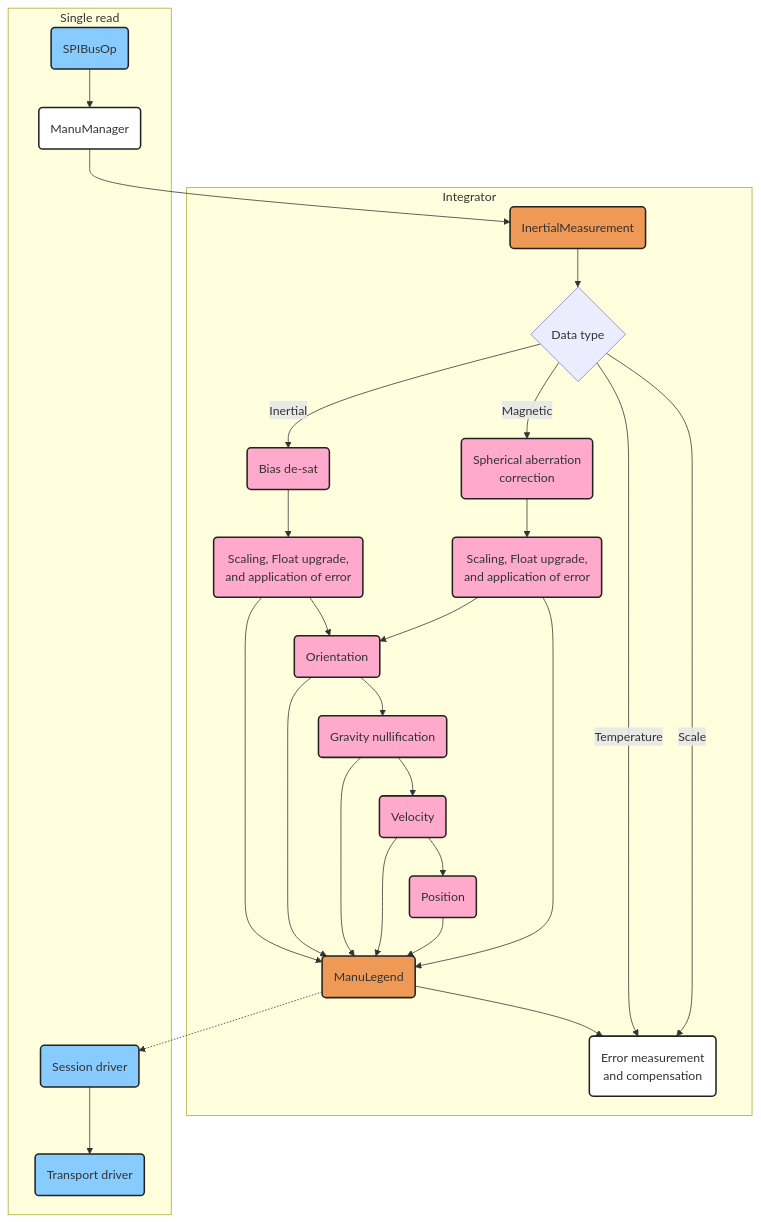
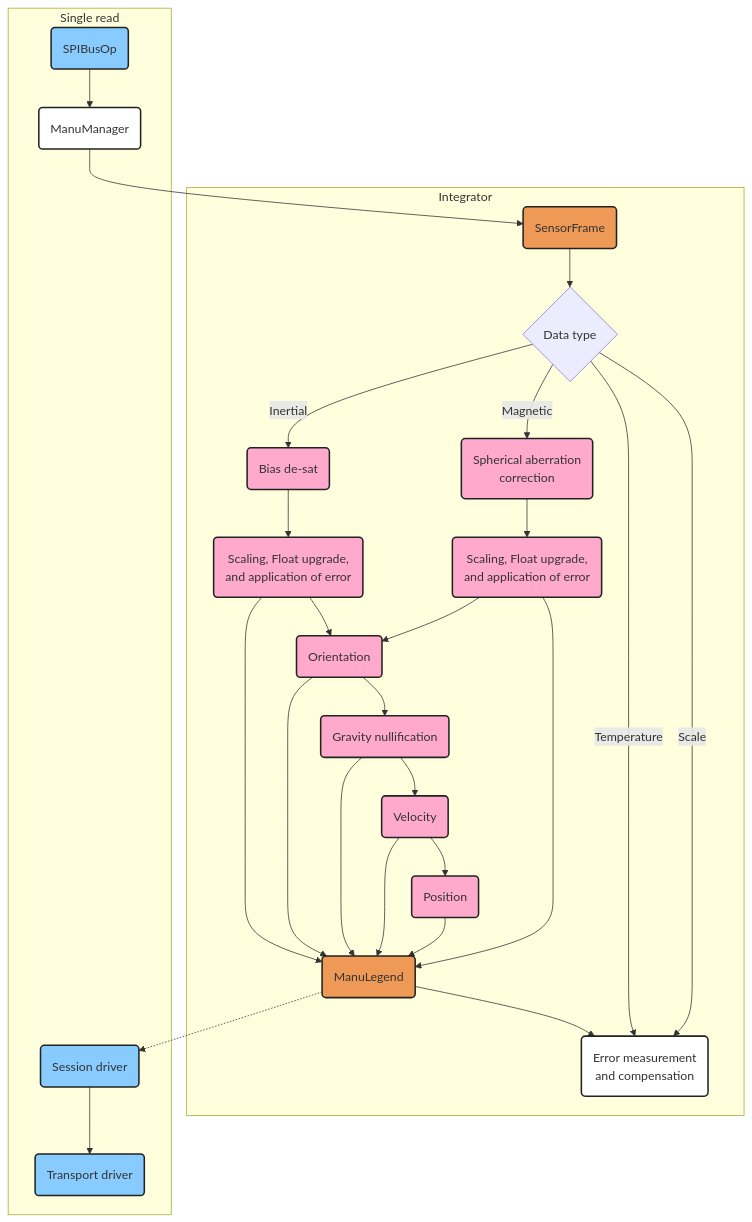
Before and after one commit to Manuvr/Digitabulum-Firmware: the third of 4 diagrams in doc/NOTES.md, drawn with Mermaid. The commit also changed 9 other files, not shown here.

````diff
--- a/doc/NOTES.md
+++ b/doc/NOTES.md
@@ -53,68 +53,68 @@
   ```mermaid
   graph TD
     a(Scaling, Float upgrade,<br />and application of error)
     b(Scaling, Float upgrade,<br />and application of error)
     h(SPIBusOp)
     i(Bias de-sat)
     j(Spherical aberration<br />correction)
     k(Orientation)
-    m(InertialMeasurement)
+    m(SensorFrame)
     u(Gravity nullification)
     v(Velocity)
     w(Position)
     n(ManuManager)
     p(ManuLegend)
 
     q(Session driver)
     r(Transport driver)
     t(Error measurement<br /> and compensation)
 
     z{Data type}
 
     subgraph Integrator
     m --> z
     z -->|Inertial| i
     z -->|Magnetic| j
     z -->|Temperature| t
     z -->|Scale| t
     i --> a
     j --> b
     b --> k
     b --> p
     a --> p
     u --> p
     k --> p
     v --> p
     w --> p
     a --> k
     k --> u
     u --> v
     v --> w
     end
 
     subgraph Single read
     h --> n
     n --> m
     p -.-> q
     p --> t
     q --> r
     end
 
     style h fill:#8Cf,stroke:#222,stroke-width:2px;
     style i fill:#fac,stroke:#222,stroke-width:2px;
     style j fill:#fac,stroke:#222,stroke-width:2px;
     style k fill:#fac,stroke:#222,stroke-width:2px;
     style m fill:#e95,stroke:#222,stroke-width:2px;
     style n fill:#fff,stroke:#222,stroke-width:2px;
 
     style p fill:#e95,stroke:#222,stroke-width:2px;
     style q fill:#8Cf,stroke:#222,stroke-width:2px;
     style r fill:#8Cf,stroke:#222,stroke-width:2px;
     style t fill:#fff,stroke:#222,stroke-width:2px;
 
     style a fill:#fac,stroke:#222,stroke-width:2px;
     style b fill:#fac,stroke:#222,stroke-width:2px;
     style u fill:#fac,stroke:#222,stroke-width:2px;
     style v fill:#fac,stroke:#222,stroke-width:2px;
     style w fill:#fac,stroke:#222,stroke-width:2px;
   ```
````
